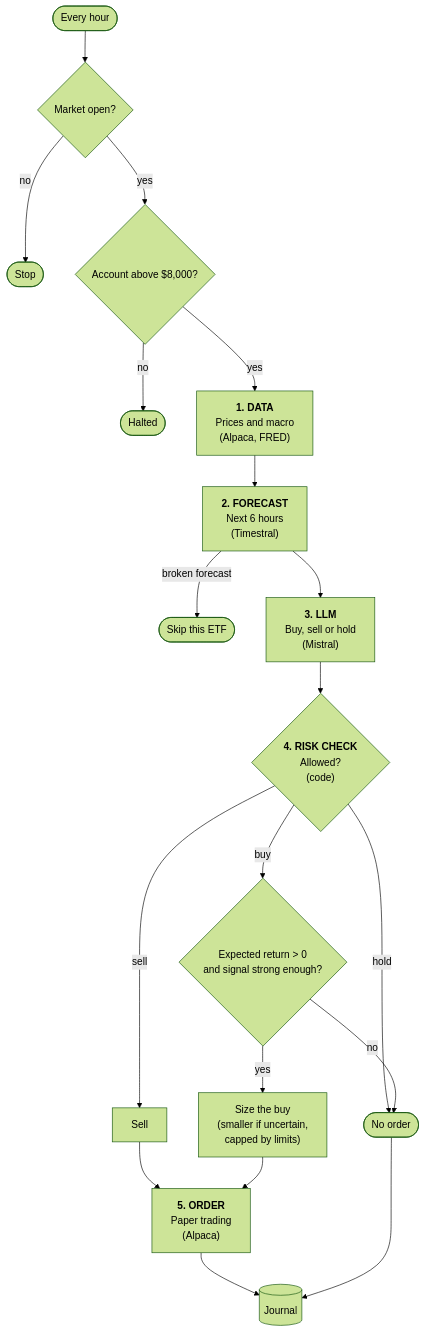
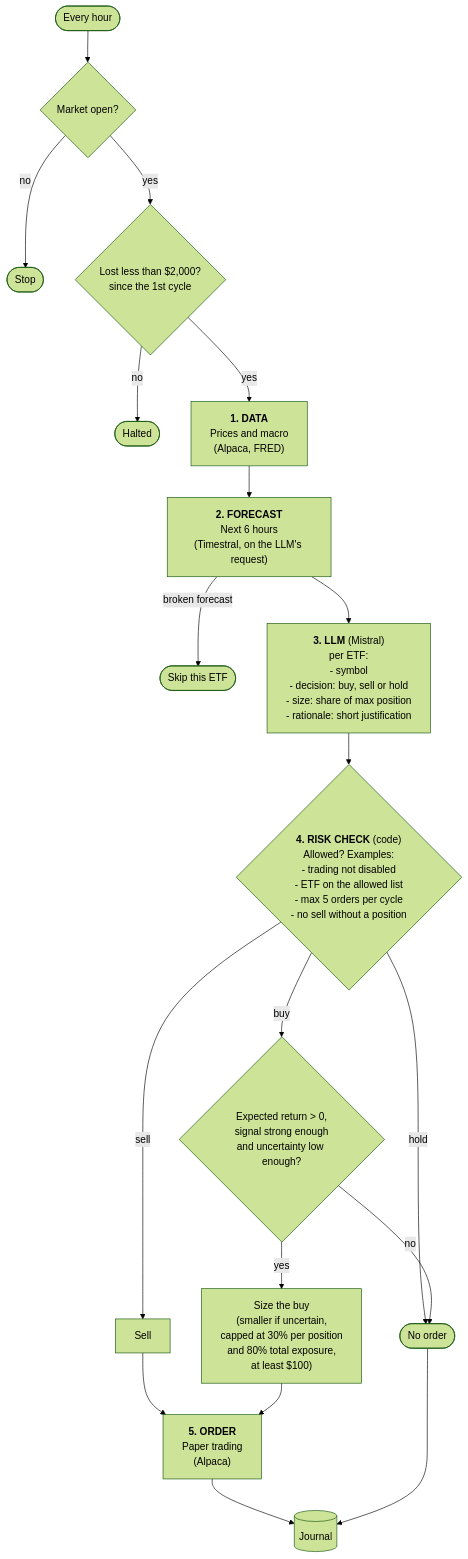
One commit to capucine-masson/paper-trading changed the diagram in README.md. Above: the diagram before and after it, drawn with Mermaid (forest theme). The commit also changed other lines of this file and 2 other files, not shown here.

````diff
--- a/README.md
+++ b/README.md
@@ -43,21 +45,21 @@
 ```mermaid
 flowchart TD
     S([Every hour]) --> C{Market open?}
     C -- no --> X([Stop])
-    C -- yes --> H{Account above $8,000?}
+    C -- yes --> H{Lost less than $2,000?<br/>since the 1st cycle}
     H -- no --> HX([Halted])
     H -- yes --> D["<b>1. DATA</b><br/>Prices and macro<br/>(Alpaca, FRED)"]
-    D --> T["<b>2. FORECAST</b><br/>Next 6 hours<br/>(Timestral)"]
+    D --> T["<b>2. FORECAST</b><br/>Next 6 hours<br/>(Timestral, on the LLM's request)"]
     T -->|broken forecast| N([Skip this ETF])
-    T --> L["<b>3. LLM</b><br/>Buy, sell or hold<br/>(Mistral)"]
-    L --> R{"<b>4. RISK CHECK</b><br/>Allowed?<br/>(code)"}
+    T --> L["<b>3. LLM</b> (Mistral)<br/>per ETF:<br/>- symbol<br/>- decision: buy, sell or hold<br/>- size: share of max position<br/>- rationale: short justification"]
+    L --> R{"<b>4. RISK CHECK</b> (code)<br/>Allowed? Examples:<br/>- trading not disabled<br/>- ETF on the allowed list<br/>- max 5 orders per cycle<br/>- no sell without a position"}
     R -->|hold| V([No order])
     R -->|sell| SO[Sell]
-    R -->|buy| G{Expected return > 0<br/>and signal strong enough?}
+    R -->|buy| G{Expected return > 0,<br/>signal strong enough<br/>and uncertainty low enough?}
     G -- no --> V
-    G -- yes --> Z["Size the buy<br/>(smaller if uncertain,<br/>capped by limits)"]
+    G -- yes --> Z["Size the buy<br/>(smaller if uncertain,<br/>capped at 30% per position<br/>and 80% total exposure,<br/>at least $100)"]
     SO --> O
     Z --> O["<b>5. ORDER</b><br/>Paper trading<br/>(Alpaca)"]
     O --> J[(Journal)]
     V --> J
 ```
````
